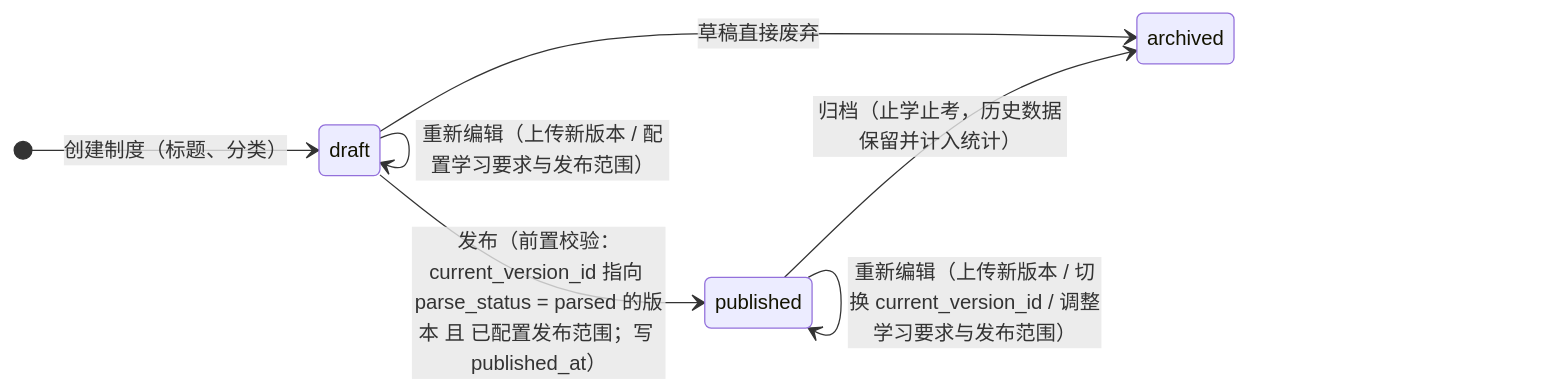
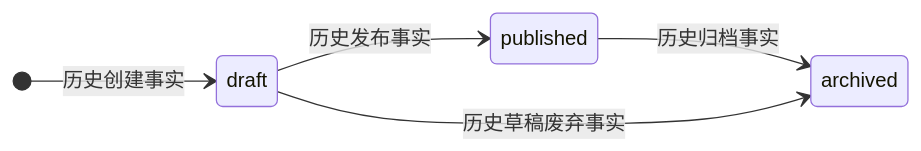
Diagram 14 of 23 in docs/design/06-关键流程.md (caoguanjie/emodor-exam), drawn with Mermaid before and after one commit. The commit also changed other lines of this file and 181 other files, not shown here.

````diff
--- a/docs/design/06-关键流程.md
+++ b/docs/design/06-关键流程.md
@@ -773,10 +786,8 @@
 ```mermaid
 stateDiagram-v2
     direction LR
-    [*] --> draft : 创建制度（标题、分类）
-    draft --> draft : 重新编辑（上传新版本 / 配置学习要求与发布范围）
-    draft --> published : 发布（前置校验：current_version_id 指向 parse_status = parsed 的版本 且 已配置发布范围；写 published_at）
-    published --> published : 重新编辑（上传新版本 / 切换 current_version_id / 调整学习要求与发布范围）
-    published --> archived : 归档（止学止考，历史数据保留并计入统计）
-    draft --> archived : 草稿直接废弃
+    [*] --> draft : 历史创建事实
+    draft --> published : 历史发布事实
+    published --> archived : 历史归档事实
+    draft --> archived : 历史草稿废弃事实
 ```
````
